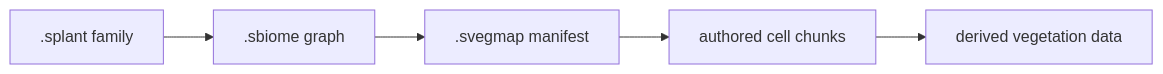
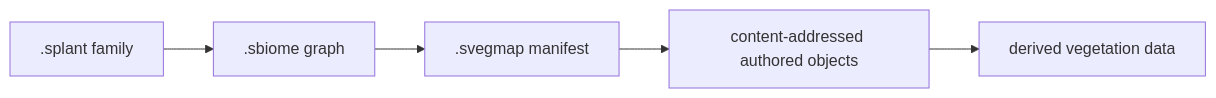
Before and after one commit to saffronjam/SaffronEngine: the diagram in docs/content/explanations/geometry-and-assets/vegetation-assets.md, drawn with Mermaid. The commit also changed other lines of this file and 4 other files, not shown here.

````diff
--- a/docs/content/explanations/geometry-and-assets/vegetation-assets.md
+++ b/docs/content/explanations/geometry-and-assets/vegetation-assets.md
@@ -41,7 +47,7 @@
 ```mermaid
 flowchart LR
     P[".splant family"] --> B[".sbiome graph"]
     B --> M[".svegmap manifest"]
-    M --> C["authored cell chunks"]
+    M --> C["content-addressed authored objects"]
     C --> D["derived vegetation data"]
 ```
````
